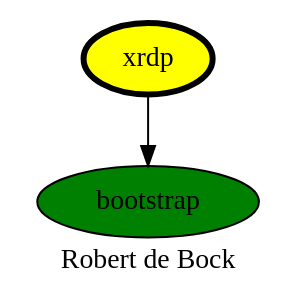
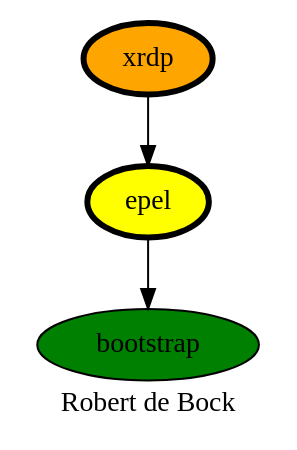
Before and after one commit to robertdebock/drawings: the diagram in xrdp.dot, drawn with Graphviz. The commit also changed 1 other file, not shown here.

Commit message:
xrdp depends on epel.

```diff
--- a/xrdp.dot
+++ b/xrdp.dot
@@ -1,9 +1,11 @@
 digraph PhiloDilemma {
   label = "Robert de Bock" ;
   overlap=false
   {
     bootstrap [fillcolor=green style=filled]
-    xrdp [fillcolor=yellow style=filled penwidth=3]
+    epel [fillcolor=yellow style=filled penwidth=3]
+    xrdp [fillcolor=orange style=filled penwidth=3]
   }
-  xrdp -> bootstrap
+  xrdp -> epel
+  epel -> bootstrap
 }
```
